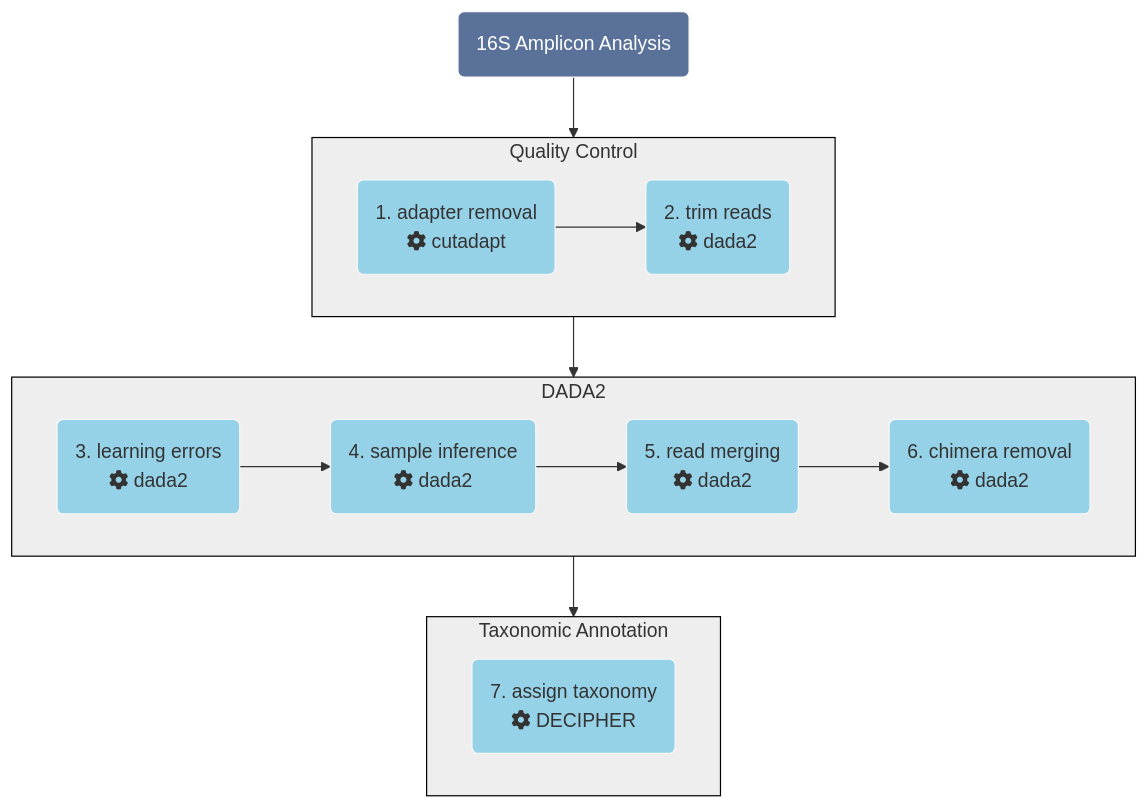
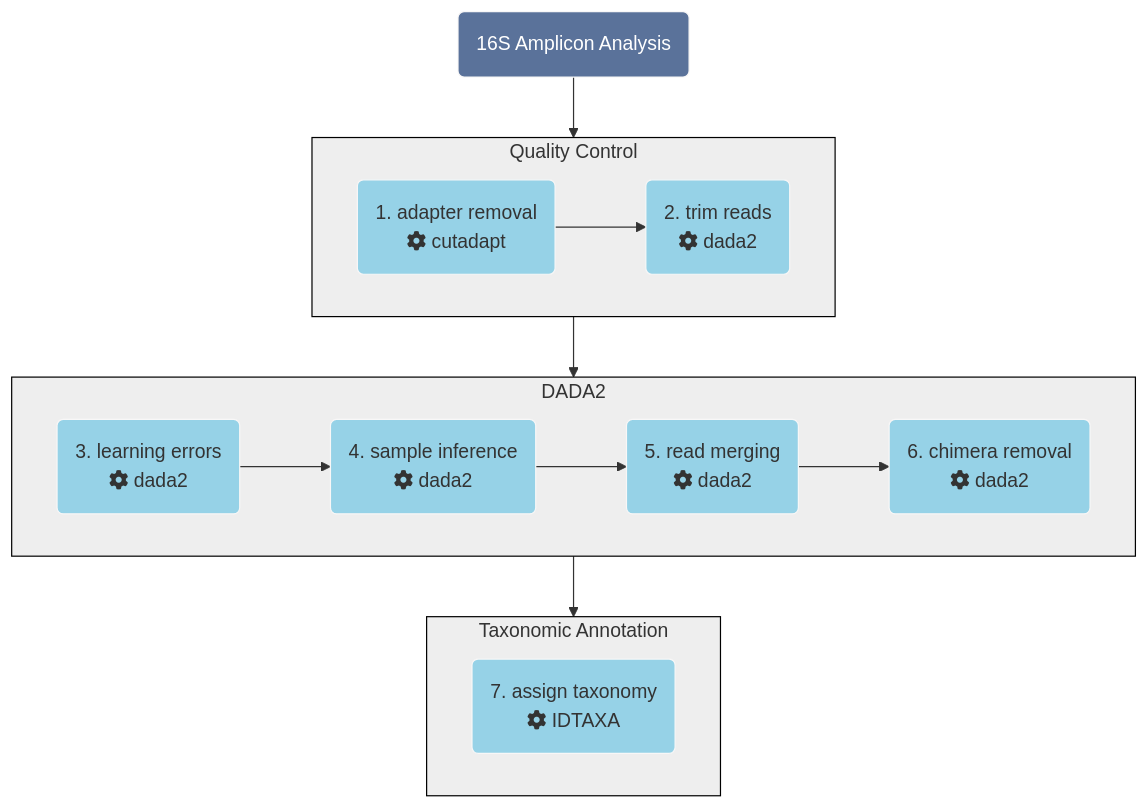
The diagram in docs/profiling/16S.rst (MicrobiologyETHZ/Methods_in_Microbiomics), drawn with Mermaid before and after one commit. The commit also changed other lines of this file, not shown here.

```diff
--- a/docs/profiling/16S.rst
+++ b/docs/profiling/16S.rst
@@ -68,23 +72,23 @@
 .. mermaid::
 
    flowchart TD
      subgraph quality [Quality Control]
        direction LR
        id2(1. adapter removal<br/>fa:fa-cog cutadapt) --> id3(2. trim reads <br/>fa:fa-cog dada2)
      end
      subgraph DADA2
        direction LR
        id4(3. learning errors<br/>fa:fa-cog dada2) --> id5(4. sample inference<br/>fa:fa-cog dada2)
        id5 --> id6(5. read merging<br/>fa:fa-cog dada2)
        id6 --> id7(6. chimera removal<br/>fa:fa-cog dada2)
      end
      subgraph tax [Taxonomic Annotation]
-     id8(7. assign taxonomy<br/>fa:fa-cog DECIPHER)
+     id8(7. assign taxonomy<br/>fa:fa-cog IDTAXA)
      end
      id1(16S Amplicon Analysis) --> quality --> DADA2 --> tax
 
      classDef tool fill:#96D2E7,stroke:#F8F7F7,stroke-width:1px;
      classDef sub fill:#eeeeee,stroke:#000000
      style id1 fill:#5A729A,stroke:#F8F7F7,stroke-width:1px,color:#fff
      class quality,DADA2,tax sub
      class id2,id3,id4,id5,id6,id7,id8 tool
```
